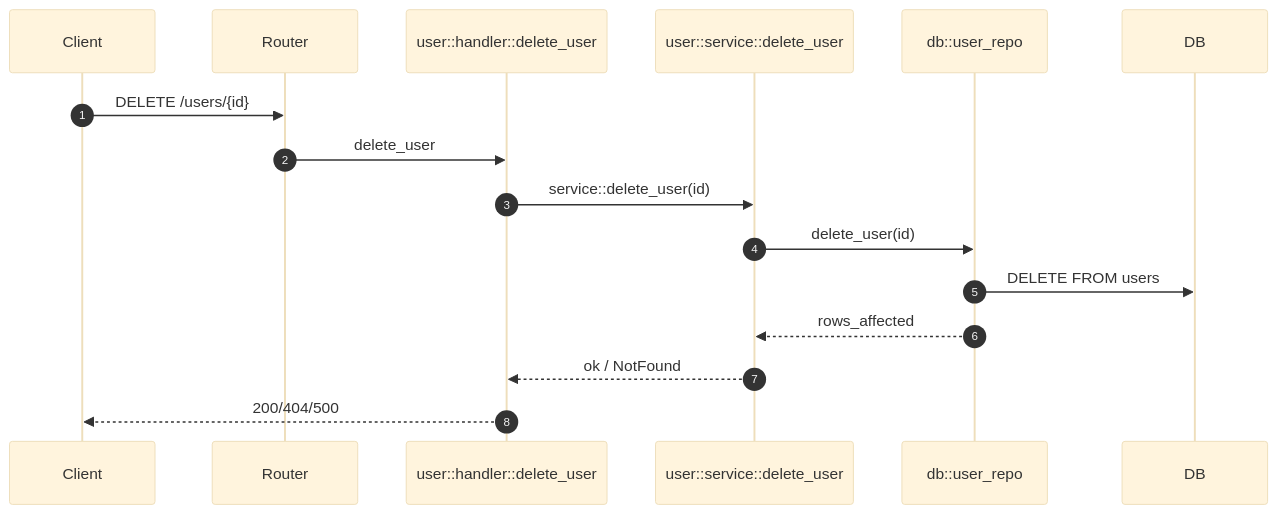
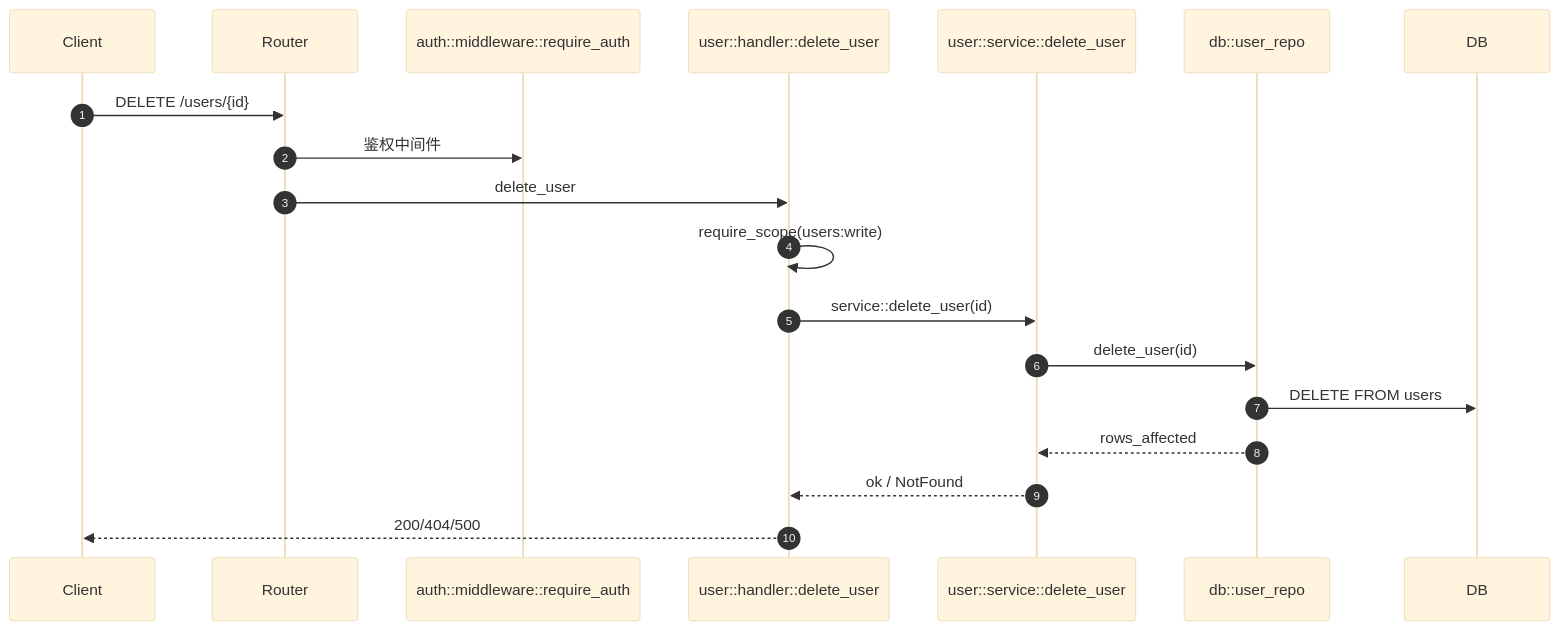
The seventh of 9 diagrams in README.md (jianghs/babyegg-serve), drawn with Mermaid (base theme) before and after one commit. The commit also changed other lines of this file and 1 other file, not shown here.

Commit message:
docs(readme): sync auth and rbac architecture notes

````diff
--- a/README.md
+++ b/README.md
@@ -237,19 +280,22 @@
 ```mermaid
 sequenceDiagram
     autonumber
     participant Client
     participant Router
+    participant AuthMW as auth::middleware::require_auth
     participant Handler as user::handler::delete_user
     participant Service as user::service::delete_user
     participant UserRepo as db::user_repo
     participant DB
 
     Client->>Router: DELETE /users/{id}
+    Router->>AuthMW: 鉴权中间件
     Router->>Handler: delete_user
+    Handler->>Handler: require_scope(users:write)
     Handler->>Service: service::delete_user(id)
     Service->>UserRepo: delete_user(id)
     UserRepo->>DB: DELETE FROM users
     UserRepo-->>Service: rows_affected
     Service-->>Handler: ok / NotFound
     Handler-->>Client: 200/404/500
 ```
````
